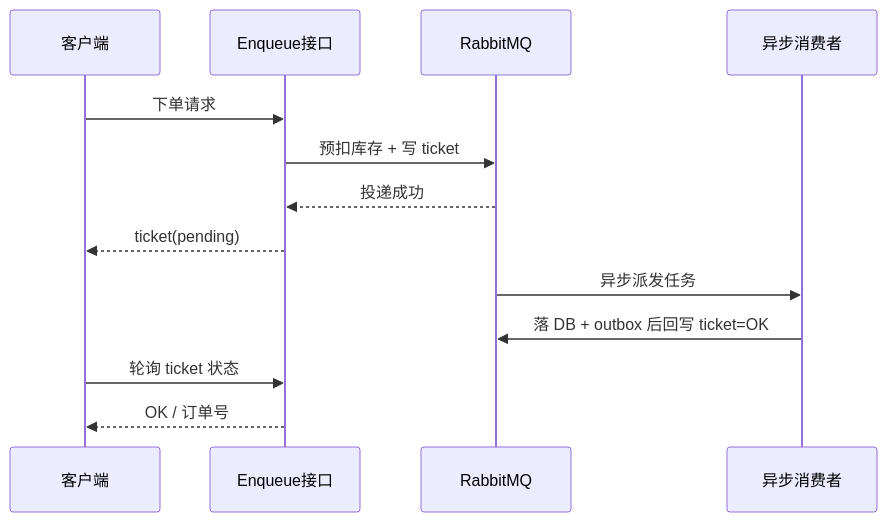
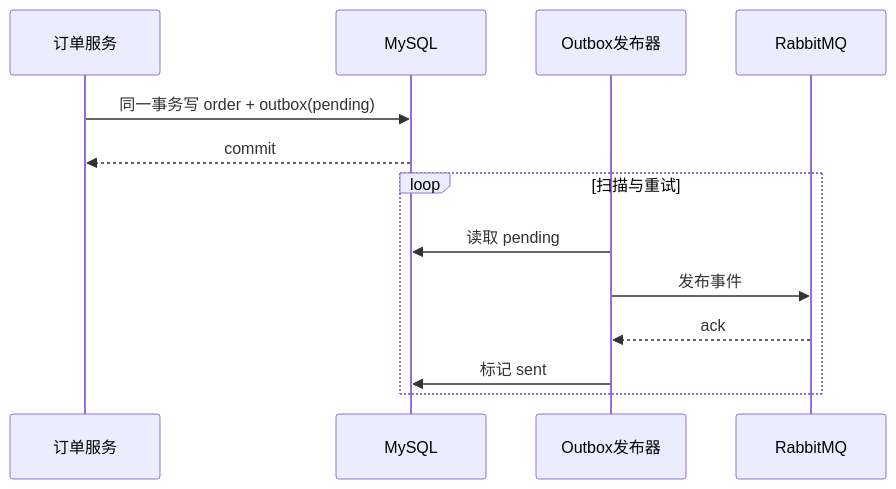
One commit to RedInn7/gomall changed the fifth of 7 diagrams in docs/lecture/00-overview.md. Above: the diagram before and after it, drawn with Mermaid. The commit also changed other lines of this file and 2 other files, not shown here.

````diff
--- a/docs/lecture/00-overview.md
+++ b/docs/lecture/00-overview.md
@@ -363,15 +145,15 @@
 ```mermaid
 sequenceDiagram
-    participant U as 客户端
-    participant API as Enqueue接口
-    participant MQ as RabbitMQ
-    participant C as 异步消费者
-    U->>API: 下单请求
-    API->>MQ: 预扣库存 + 写 ticket
-    MQ-->>API: 投递成功
-    API-->>U: ticket(pending)
-    MQ->>C: 异步派发任务
-    C->>MQ: 落 DB + outbox 后回写 ticket=OK
-    U->>API: 轮询 ticket 状态
-    API-->>U: OK / 订单号
+    participant O as 订单服务
+    participant D as MySQL
+    participant P as Outbox发布器
+    participant Q as RabbitMQ
+    O->>D: 同一事务写 order + outbox(pending)
+    D-->>O: commit
+    loop 扫描与重试
+        P->>D: 读取 pending
+        P->>Q: 发布事件
+        Q-->>P: ack
+        P->>D: 标记 sent
+    end
 ```
````
